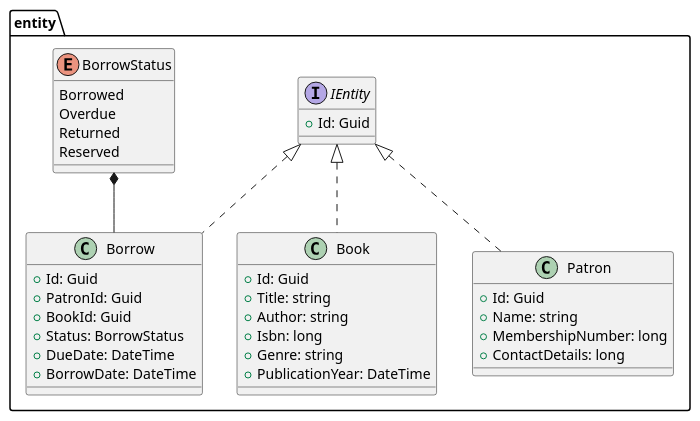
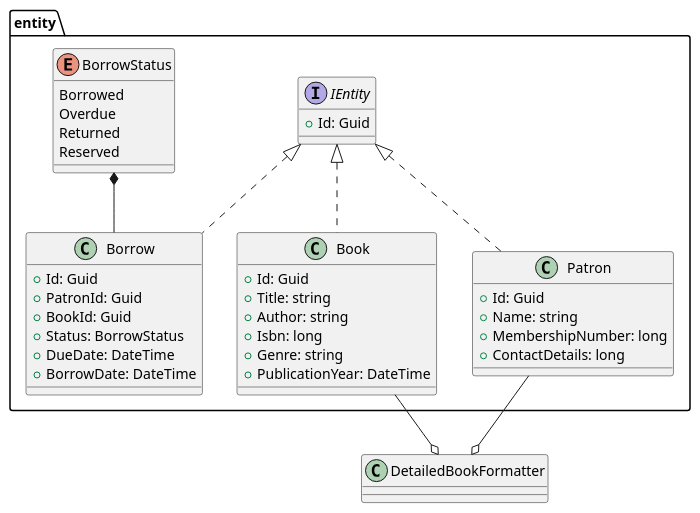
One commit to programacion-6/Opcion1LosBorbotones changed the diagram in system-design/class-diagram/domain/entity.puml. Above: the diagram before and after it, drawn with PlantUML. The commit also changed 10 other files, not shown here.

```diff
--- a/system-design/class-diagram/domain/entity.puml
+++ b/system-design/class-diagram/domain/entity.puml
@@ -1,44 +1,48 @@
 @startuml
 package entity {
 
     class Book {
         + Id: Guid
         + Title: string
         + Author: string
         + Isbn: long
         + Genre: string
         + PublicationYear: DateTime
     }
 
     class Patron {
         + Id: Guid
         + Name: string
         + MembershipNumber: long
         + ContactDetails: long
     }
 
     class Borrow {
         + Id: Guid
         + PatronId: Guid
         + BookId: Guid
         + Status: BorrowStatus
         + DueDate: DateTime
         + BorrowDate: DateTime
     }
 
     interface IEntity {
         + Id: Guid
     }
     IEntity <|.. Borrow
     IEntity <|.. Book
     IEntity <|.. Patron
 
     enum BorrowStatus {
         Borrowed
         Overdue
         Returned
         Reserved
     }
     BorrowStatus *-- Borrow
 }
+
+Book --o DetailedBookFormatter
+Patron --o DetailedBookFormatter
+
 @enduml
```
